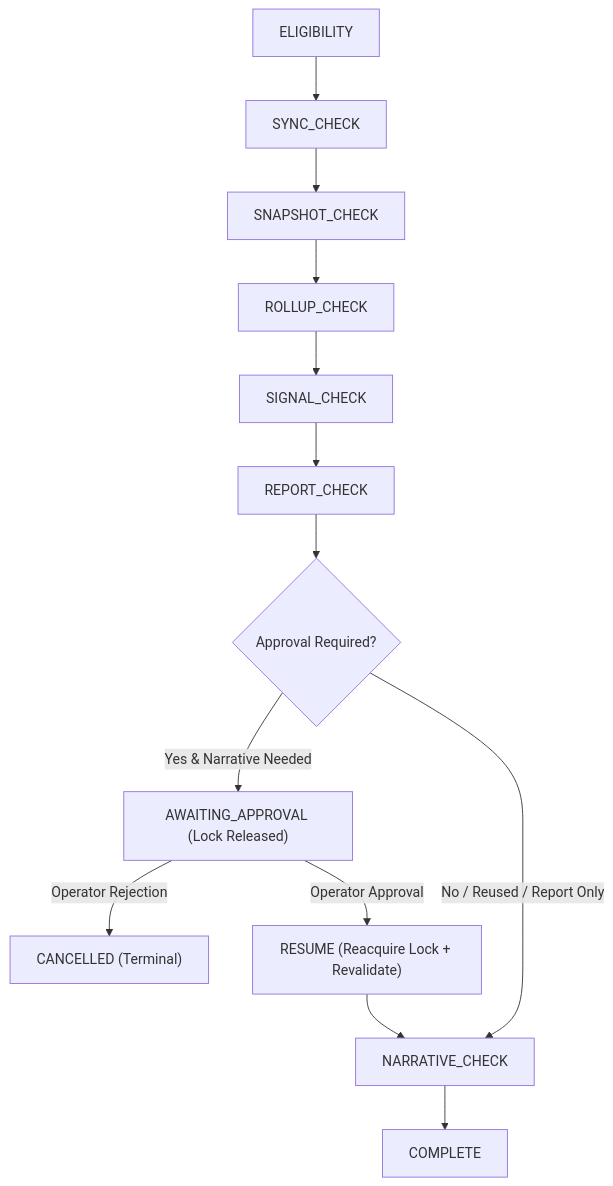
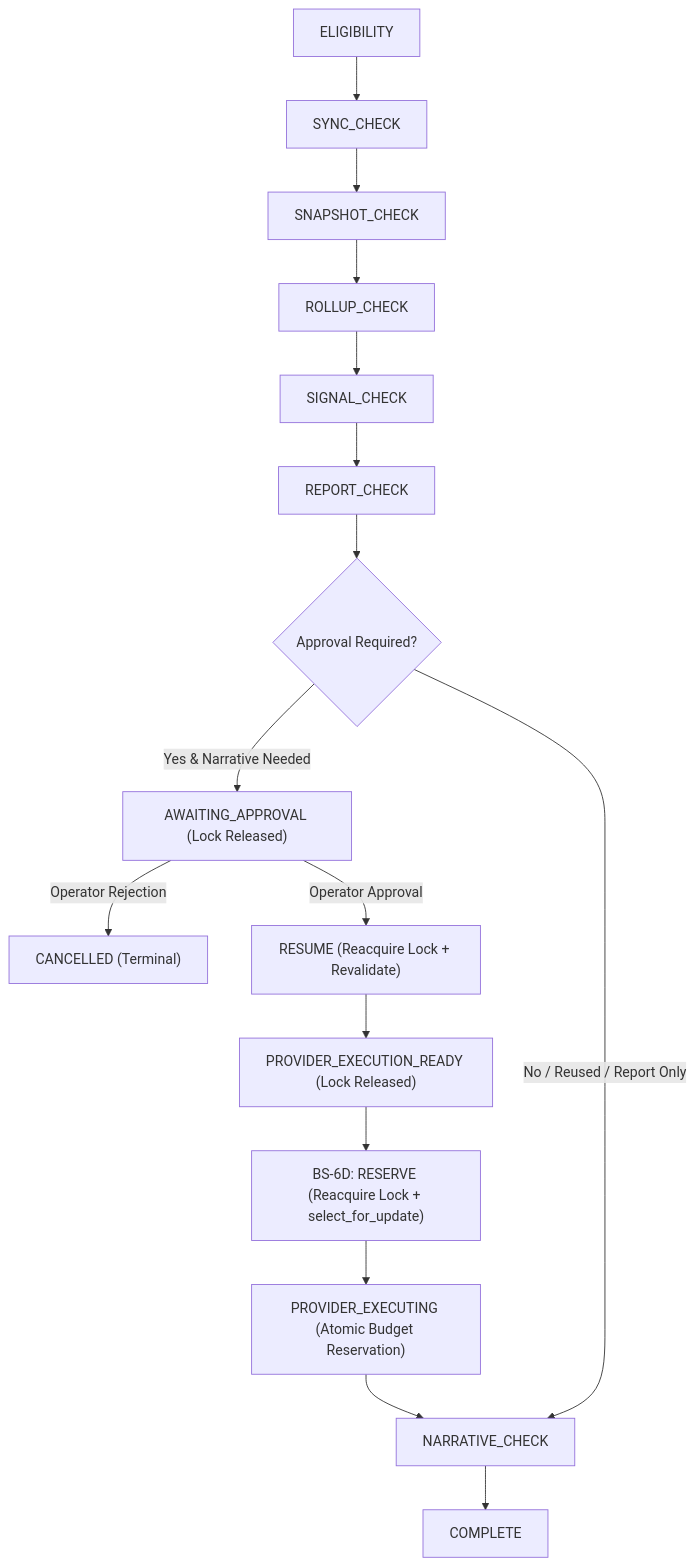
The diagram in docs/BS6_AUTOMATION_ARCHITECTURE.md (bopagenciy/BopSocial), drawn with Mermaid before and after one commit. The commit also changed other lines of this file and 10 other files, not shown here.

Commit message:
fix(bopsocial): harden provider execution boundary

````diff
--- a/docs/BS6_AUTOMATION_ARCHITECTURE.md
+++ b/docs/BS6_AUTOMATION_ARCHITECTURE.md
@@ -106,15 +114,18 @@
 ```mermaid
 flowchart TD
     A["ELIGIBILITY"] --> B["SYNC_CHECK"]
     B --> C["SNAPSHOT_CHECK"]
     C --> D["ROLLUP_CHECK"]
     D --> E["SIGNAL_CHECK"]
     E --> F["REPORT_CHECK"]
     F --> G{"Approval Required?"}
     G -- "Yes & Narrative Needed" --> H["AWAITING_APPROVAL (Lock Released)"]
     G -- "No / Reused / Report Only" --> I["NARRATIVE_CHECK"]
     H -- "Operator Rejection" --> J["CANCELLED (Terminal)"]
     H -- "Operator Approval" --> K["RESUME (Reacquire Lock + Revalidate)"]
-    K --> I
-    I --> L["COMPLETE"]
+    K --> L["PROVIDER_EXECUTION_READY (Lock Released)"]
+    L --> M["BS-6D: RESERVE (Reacquire Lock + select_for_update)"]
+    M --> N["PROVIDER_EXECUTING (Atomic Budget Reservation)"]
+    N --> I
+    I --> O["COMPLETE"]
 ```
````
